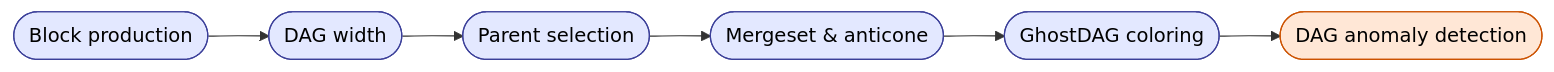
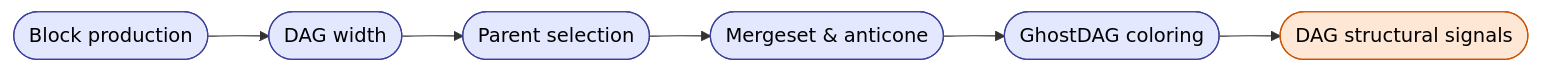
Before and after one commit to SanaMegabytes/megabytes-dag-specification: the first of 2 diagrams in DAG_SPEC.md, drawn with Mermaid.

Commit message:
Update DAG anomaly detection to structural signals

````diff
--- a/DAG_SPEC.md
+++ b/DAG_SPEC.md
@@ -4,15 +4,14 @@
 ```mermaid
 flowchart LR
     A([Block production]) --> B([DAG width])
     B --> C([Parent selection])
     C --> D([Mergeset & anticone])
     D --> E([GhostDAG coloring])
-    E --> F([DAG anomaly detection])
+    E --> F([DAG structural signals])
 
-    %% Styling
     classDef stage fill:#e3e8ff,stroke:#3b3f99,stroke-width:1px,color:#000;
     classDef detect fill:#ffe7d6,stroke:#cc5200,stroke-width:1px,color:#000;
 
     class A,B,C,D,E stage;
     class F detect;
 ```
````
